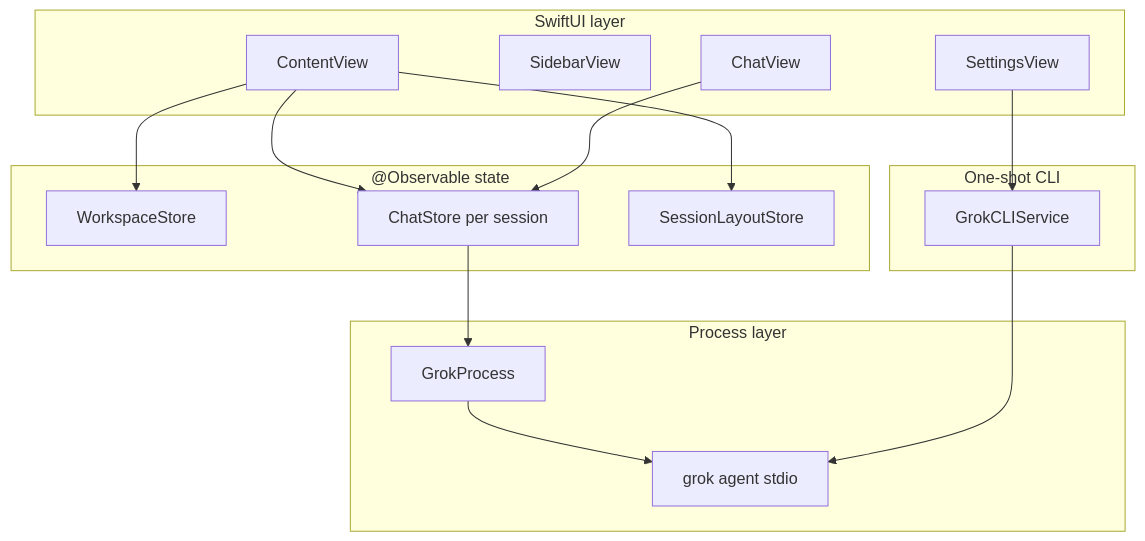
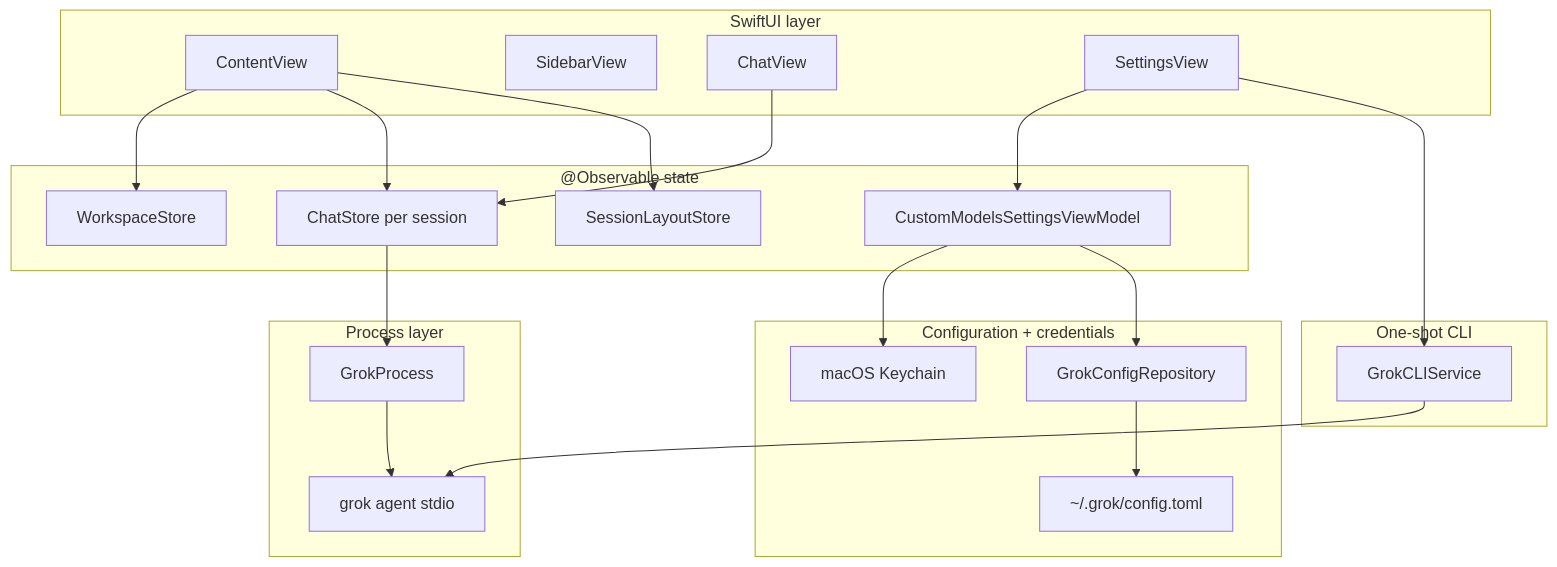
Before and after one commit to schmitzjimmy1-star/grok-build-desktop: the first of 2 diagrams in ARCHITECTURE.md, drawn with Mermaid. The commit also changed other lines of this file and 80 other files, not shown here.

````diff
--- a/ARCHITECTURE.md
+++ b/ARCHITECTURE.md
@@ -129,33 +129,44 @@
 ```mermaid
 flowchart TB
     subgraph UI["SwiftUI layer"]
         CV[ContentView]
         SV[SidebarView]
         CHV[ChatView]
         STV[SettingsView]
     end
 
     subgraph State["@Observable state"]
         WS[WorkspaceStore]
         CS[ChatStore per session]
         SL[SessionLayoutStore]
+        MV[CustomModelsSettingsViewModel]
+    end
+
+    subgraph Config["Configuration + credentials"]
+        GR[GrokConfigRepository]
+        KC[macOS Keychain]
+        TOML[~/.grok/config.toml]
     end
 
     subgraph Process["Process layer"]
         GP[GrokProcess]
         CLI["grok agent stdio"]
     end
 
     subgraph OneShot["One-shot CLI"]
         GCS[GrokCLIService]
     end
 
     CV --> WS
     CV --> CS
     CV --> SL
     CHV --> CS
+    STV --> MV
+    MV --> KC
+    MV --> GR
+    GR --> TOML
     CS --> GP
     GP --> CLI
     STV --> GCS
     GCS --> CLI
 ```
````
